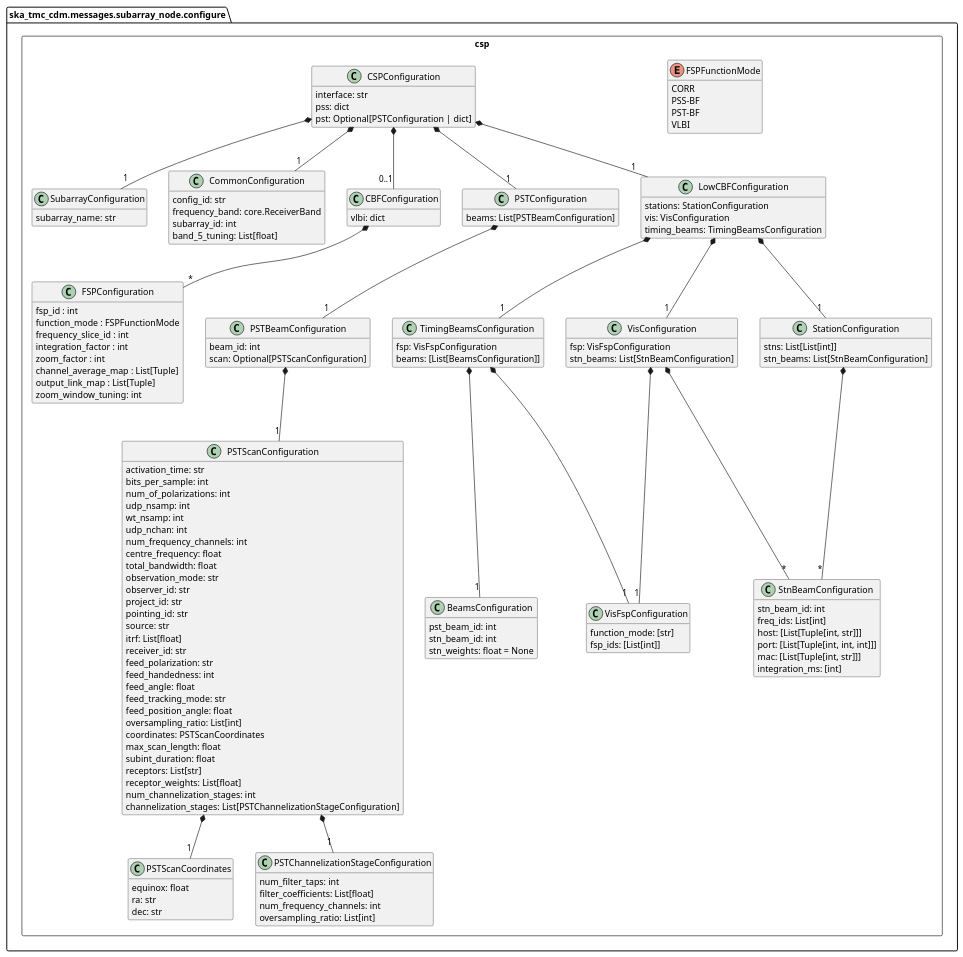
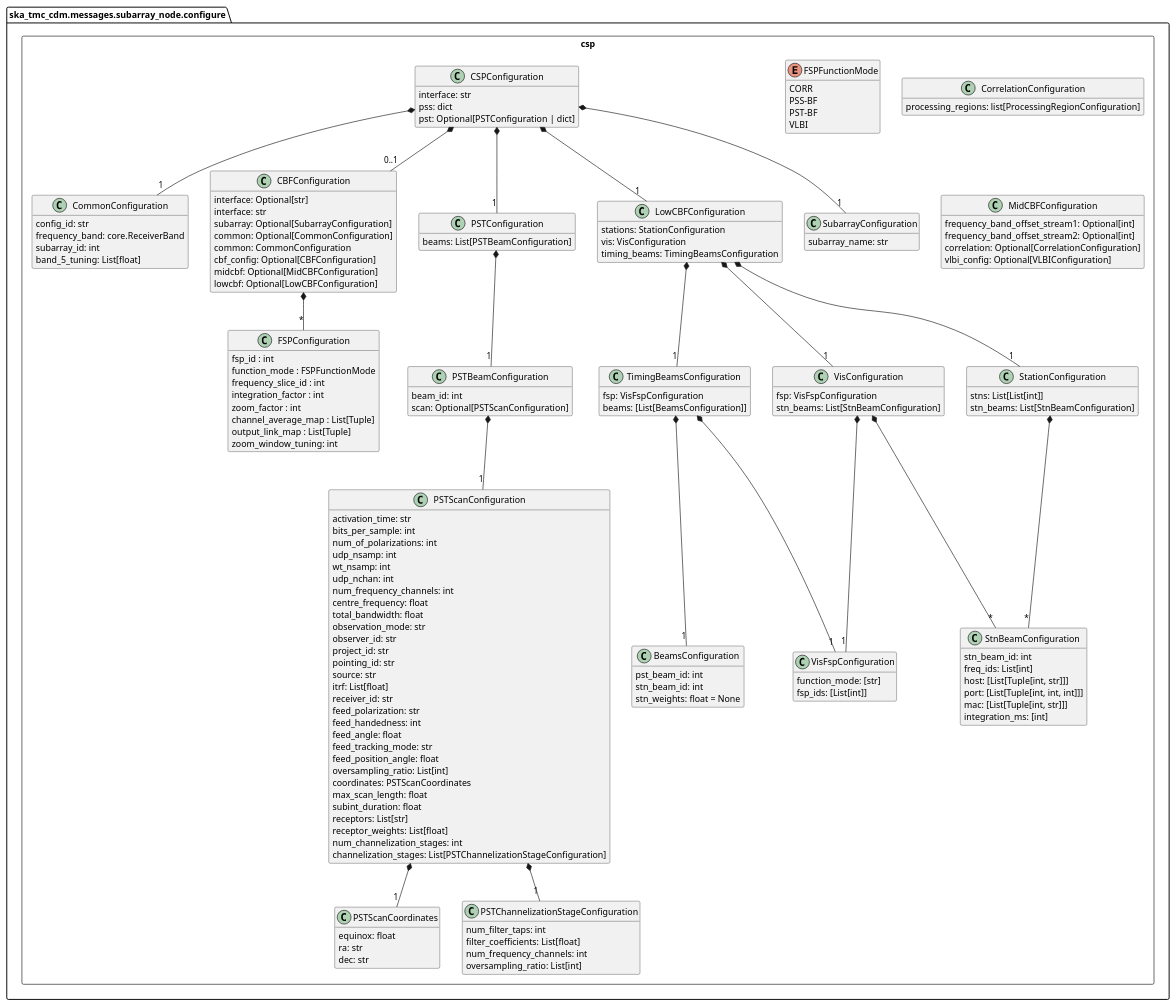
The diagram in docs/src/developer/subarraynode/csp.puml (ska-telescope/cdm-shared-library), drawn with PlantUML before and after one commit.

Commit message:
BTN-2484: Update csp.puml

```diff
--- a/docs/src/developer/subarraynode/csp.puml
+++ b/docs/src/developer/subarraynode/csp.puml
@@ -1,168 +1,186 @@
 @startuml
 hide empty members
 
 ' Remove the following lines when VLBI, PSS and PST
 ' are added to CDM
 remove VLBIConfiguration
 remove PSTConfiguration
 remove PSSConfiguration
 
-set separator none 
+set separator none
 package ska_tmc_cdm.messages.subarray_node.configure {
 	package csp <<Rectangle>> {
-	    class SubarrayConfiguration {
-	        subarray_name: str
-	    }
+		class SubarrayConfiguration {
+			subarray_name: str
+		}
 
-	    class CommonConfiguration {
-	        config_id: str
-            frequency_band: core.ReceiverBand
-            subarray_id: int
-            band_5_tuning: List[float]
-	    }
+		class CommonConfiguration {
+			config_id: str
+			frequency_band: core.ReceiverBand
+			subarray_id: int
+			band_5_tuning: List[float]
+		}
 
-	    class CBFConfiguration {
-            vlbi: dict
-	    }
+		class CBFConfiguration {
+			interface: Optional[str]
+			interface: str
+			subarray: Optional[SubarrayConfiguration]
+			common: Optional[CommonConfiguration]
+			common: CommonConfiguration
+			cbf_config: Optional[CBFConfiguration]
+			midcbf: Optional[MidCBFConfiguration]
+			lowcbf: Optional[LowCBFConfiguration]
+		}
 
 		enum FSPFunctionMode {
 			CORR
 			PSS-BF
 			PST-BF
 			VLBI
 		}
 
 		class FSPConfiguration {
 			fsp_id : int
 			function_mode : FSPFunctionMode
 			frequency_slice_id : int
 			integration_factor : int
 			zoom_factor : int
 			channel_average_map : List[Tuple]
 			output_link_map : List[Tuple]
 			zoom_window_tuning: int
 		}
 
 		class PSTScanConfiguration {
 			activation_time: str
 			bits_per_sample: int
 			num_of_polarizations: int
 			udp_nsamp: int
 			wt_nsamp: int
 			udp_nchan: int
 			num_frequency_channels: int
 			centre_frequency: float
 			total_bandwidth: float
 			observation_mode: str
 			observer_id: str
 			project_id: str
 			pointing_id: str
 			source: str
 			itrf: List[float]
 			receiver_id: str
 			feed_polarization: str
 			feed_handedness: int
 			feed_angle: float
 			feed_tracking_mode: str
 			feed_position_angle: float
 			oversampling_ratio: List[int]
 			coordinates: PSTScanCoordinates
 			max_scan_length: float
 			subint_duration: float
 			receptors: List[str]
 			receptor_weights: List[float]
 			num_channelization_stages: int
 			channelization_stages: List[PSTChannelizationStageConfiguration]
 		}
 
 		class PSTBeamConfiguration {
 			beam_id: int
-            scan: Optional[PSTScanConfiguration]
+			scan: Optional[PSTScanConfiguration]
 		}
 
 		class PSTScanCoordinates {
 			equinox: float
 			ra: str
 			dec: str
 		}
 
 		class PSTChannelizationStageConfiguration {
 			num_filter_taps: int
 			filter_coefficients: List[float]
 			num_frequency_channels: int
 			oversampling_ratio: List[int]
 		}
 
 		class PSTConfiguration {
 			beams: List[PSTBeamConfiguration]
 		}
 
 		class CSPConfiguration {
-	        interface: str
-	        pss: dict
-	        pst: Optional[PSTConfiguration | dict]
+			interface: str
+			pss: dict
+			pst: Optional[PSTConfiguration | dict]
 
 		}
 
+		class CorrelationConfiguration {
+			processing_regions: list[ProcessingRegionConfiguration]
+		}
+
 		class LowCBFConfiguration {
-			stations: StationConfiguration 
+			stations: StationConfiguration
 			vis: VisConfiguration
 			timing_beams: TimingBeamsConfiguration
+		}
+
+		class MidCBFConfiguration {
+			frequency_band_offset_stream1: Optional[int]
+			frequency_band_offset_stream2: Optional[int]
+			correlation: Optional[CorrelationConfiguration]
+			vlbi_config: Optional[VLBIConfiguration]
 		}
 
 		class TimingBeamsConfiguration {
 			fsp: VisFspConfiguration
 			beams: [List[BeamsConfiguration]]
 		}
 
 		class BeamsConfiguration {
 			pst_beam_id: int
 			stn_beam_id: int
 			stn_weights: float = None
 		}
 
 		class StationConfiguration {
 			stns: List[List[int]]
-        	stn_beams: List[StnBeamConfiguration]
+			stn_beams: List[StnBeamConfiguration]
 		}
-		
+
 		class StnBeamConfiguration {
 			stn_beam_id: int
 			freq_ids: List[int]
 			host: [List[Tuple[int, str]]]
 			port: [List[Tuple[int, int, int]]]
 			mac: [List[Tuple[int, str]]]
 			integration_ms: [int]
 		}
 
 		class VisConfiguration {
 			fsp: VisFspConfiguration
 			stn_beams: List[StnBeamConfiguration]
 		}
 
 		class VisFspConfiguration {
 			function_mode: [str]
 			fsp_ids: [List[int]]
 		}
 
 		CBFConfiguration *-- "*" FSPConfiguration
 		CSPConfiguration *-- "1" CommonConfiguration
 		CSPConfiguration *-- "1" SubarrayConfiguration
 		CSPConfiguration *-- "0..1" CBFConfiguration
 		CSPConfiguration *-- "1" LowCBFConfiguration
 		CSPConfiguration *-- "1" PSTConfiguration
 		PSTConfiguration *-- "1" PSTBeamConfiguration
 		PSTBeamConfiguration *-- "1" PSTScanConfiguration
 		PSTScanConfiguration *-- "1" PSTChannelizationStageConfiguration
 		PSTScanConfiguration *-- "1" PSTScanCoordinates
 		LowCBFConfiguration *-- "1" StationConfiguration
 		LowCBFConfiguration *-- "1" VisConfiguration
 		LowCBFConfiguration *-- "1" TimingBeamsConfiguration
 		TimingBeamsConfiguration *-- "1" VisFspConfiguration
 		TimingBeamsConfiguration *-- "1" BeamsConfiguration
 		VisConfiguration *-- "1" VisFspConfiguration
 		VisConfiguration *-- "*" StnBeamConfiguration
 		StationConfiguration *-- "*" StnBeamConfiguration
-	}	
+	}
 }
 @enduml
```
